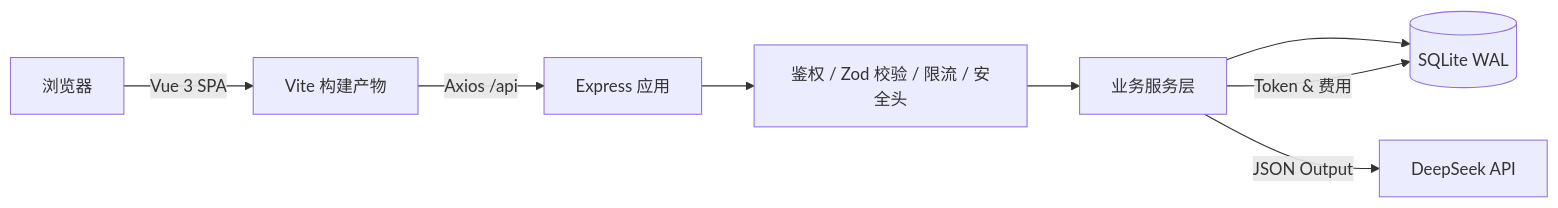
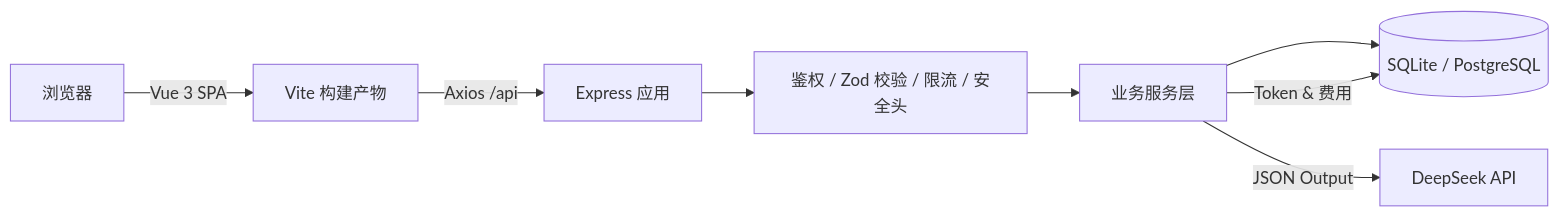
One commit to lebin2025/studyFlowAI changed the first of 6 diagrams in docs/architecture.md. Above: the diagram before and after it, drawn with Mermaid. The commit also changed other lines of this file and 31 other files, not shown here.

Commit message:
feat: support Supabase PostgreSQL and free Render deployment

````diff
--- a/docs/architecture.md
+++ b/docs/architecture.md
@@ -7,10 +7,10 @@
 ```mermaid
 flowchart LR
   U[浏览器] -->|Vue 3 SPA| F[Vite 构建产物]
   F -->|Axios /api| A[Express 应用]
   A --> M[鉴权 / Zod 校验 / 限流 / 安全头]
   M --> S[业务服务层]
-  S --> D[(SQLite WAL)]
+  S --> D[(SQLite / PostgreSQL)]
   S -->|JSON Output| AI[DeepSeek API]
   S -->|Token & 费用| D
 ```
````
